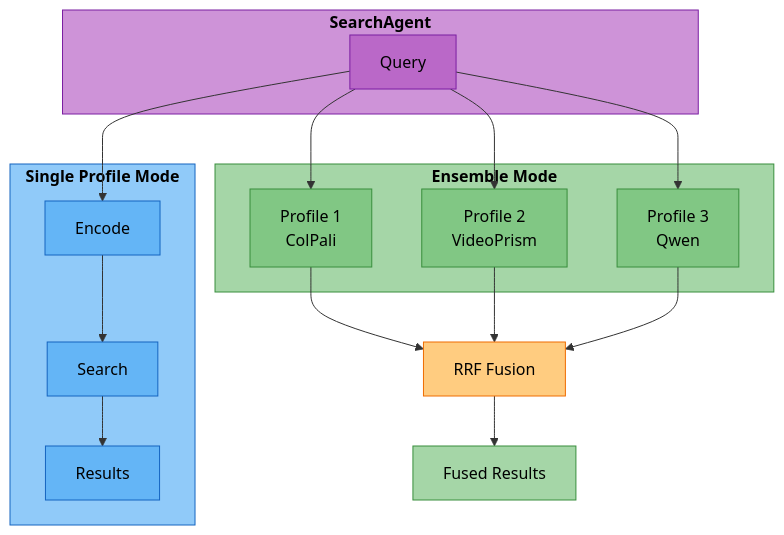
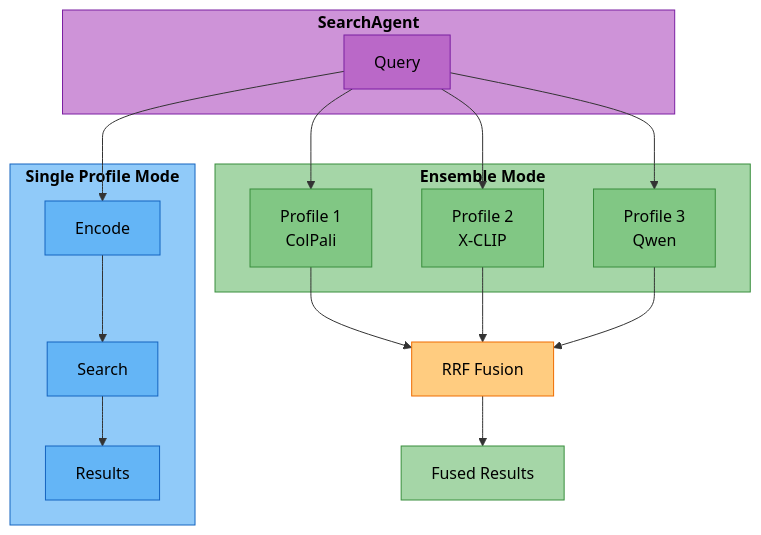
One commit to amit-jain/cogniverse changed the diagram in docs/architecture/ensemble-composition.md. Above: the diagram before and after it, drawn with Mermaid. The commit also changed other lines of this file and 168 other files, not shown here.

First line of the commit message:
Remove VideoPrism; X-CLIP is the video embedder

````diff
--- a/docs/architecture/ensemble-composition.md
+++ b/docs/architecture/ensemble-composition.md
@@ -11,47 +11,47 @@
 ```mermaid
 flowchart TB
     subgraph Agent["<span style='color:#000'><b>SearchAgent</b></span>"]
         Query["<span style='color:#000'>Query</span>"]
     end
 
     subgraph Single["<span style='color:#000'><b>Single Profile Mode</b></span>"]
         Encode["<span style='color:#000'>Encode</span>"]
         Search["<span style='color:#000'>Search</span>"]
         Results1["<span style='color:#000'>Results</span>"]
     end
 
     subgraph Ensemble["<span style='color:#000'><b>Ensemble Mode</b></span>"]
         P1["<span style='color:#000'>Profile 1<br/>ColPali</span>"]
-        P2["<span style='color:#000'>Profile 2<br/>VideoPrism</span>"]
+        P2["<span style='color:#000'>Profile 2<br/>X-CLIP</span>"]
         P3["<span style='color:#000'>Profile 3<br/>Qwen</span>"]
     end
 
     RRF["<span style='color:#000'>RRF Fusion</span>"]
     Fused["<span style='color:#000'>Fused Results</span>"]
 
     Query --> Encode
     Encode --> Search
     Search --> Results1
 
     Query --> P1
     Query --> P2
     Query --> P3
     P1 --> RRF
     P2 --> RRF
     P3 --> RRF
     RRF --> Fused
 
     style Agent fill:#ce93d8,stroke:#7b1fa2,color:#000
     style Single fill:#90caf9,stroke:#1565c0,color:#000
     style Ensemble fill:#a5d6a7,stroke:#388e3c,color:#000
 
     style Query fill:#ba68c8,stroke:#7b1fa2,color:#000
     style Encode fill:#64b5f6,stroke:#1565c0,color:#000
     style Search fill:#64b5f6,stroke:#1565c0,color:#000
     style Results1 fill:#64b5f6,stroke:#1565c0,color:#000
     style P1 fill:#81c784,stroke:#388e3c,color:#000
     style P2 fill:#81c784,stroke:#388e3c,color:#000
     style P3 fill:#81c784,stroke:#388e3c,color:#000
     style RRF fill:#ffcc80,stroke:#ef6c00,color:#000
     style Fused fill:#a5d6a7,stroke:#388e3c,color:#000
 ```
````
